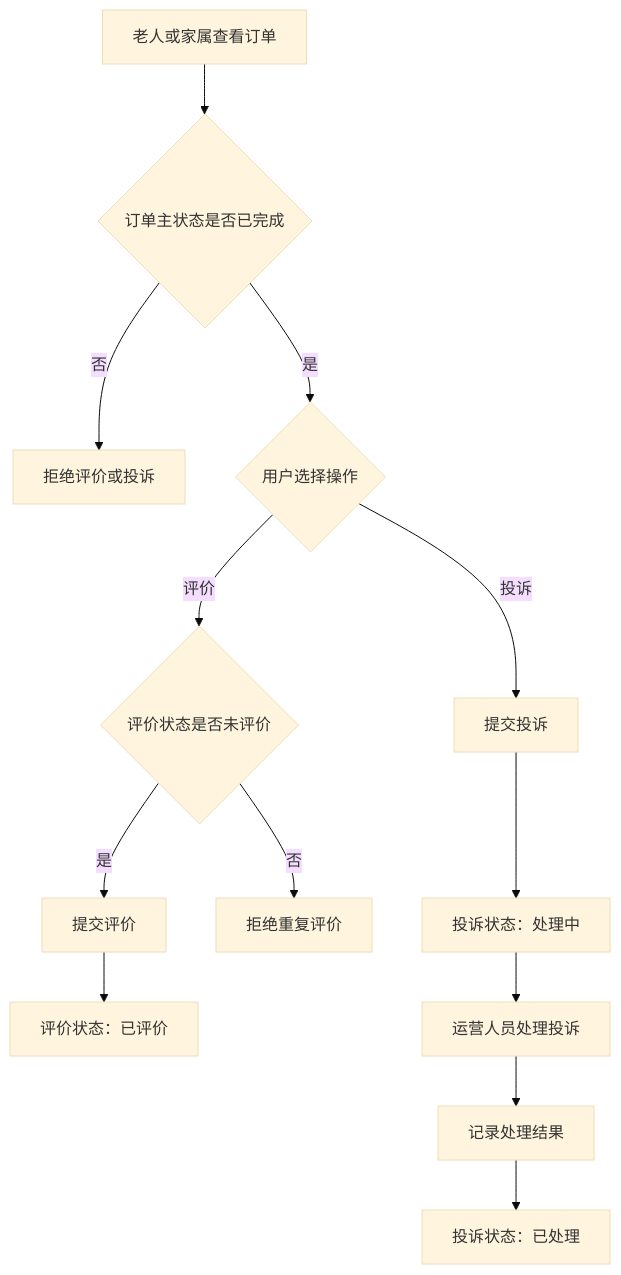
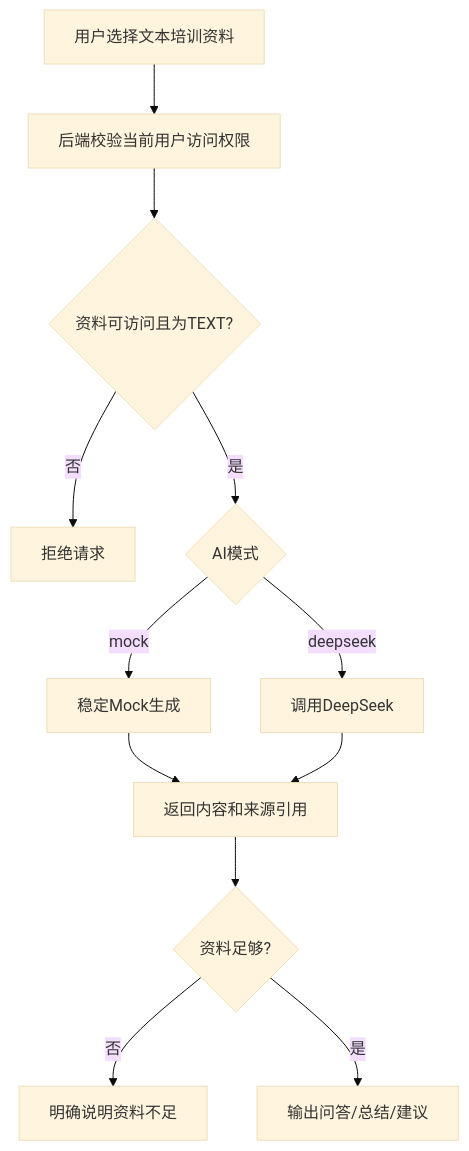
One commit to thesantaana/Care-Nexus changed the fifth of 10 diagrams in docs/requirements/业务流程.md. Above: the diagram before and after it, drawn with Mermaid (base theme). The commit also changed other lines of this file, not shown here.

````diff
--- a/docs/requirements/业务流程.md
+++ b/docs/requirements/业务流程.md
@@ -238,15 +94,14 @@
 ```mermaid
 flowchart TD
-    A["老人或家属查看订单"] --> B{"订单主状态是否已完成"}
-    B -- "否" --> C["拒绝评价或投诉"]
-    B -- "是" --> D{"用户选择操作"}
-    D -- "评价" --> E{"评价状态是否未评价"}
-    E -- "是" --> F["提交评价"]
-    F --> G["评价状态：已评价"]
-    E -- "否" --> H["拒绝重复评价"]
-    D -- "投诉" --> I["提交投诉"]
-    I --> J["投诉状态：处理中"]
-    J --> K["运营人员处理投诉"]
-    K --> L["记录处理结果"]
-    L --> M["投诉状态：已处理"]
+    A[用户选择文本培训资料] --> B[后端校验当前用户访问权限]
+    B --> C{资料可访问且为TEXT?}
+    C -- 否 --> D[拒绝请求]
+    C -- 是 --> E{AI模式}
+    E -- mock --> F[稳定Mock生成]
+    E -- deepseek --> G[调用DeepSeek]
+    F --> H[返回内容和来源引用]
+    G --> H
+    H --> I{资料足够?}
+    I -- 否 --> J[明确说明资料不足]
+    I -- 是 --> K[输出问答/总结/建议]
 ```
````
